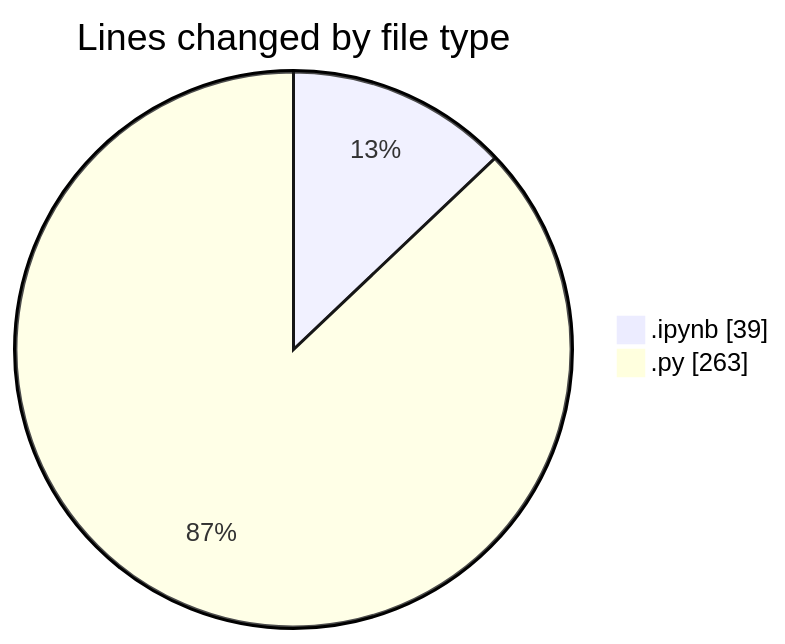
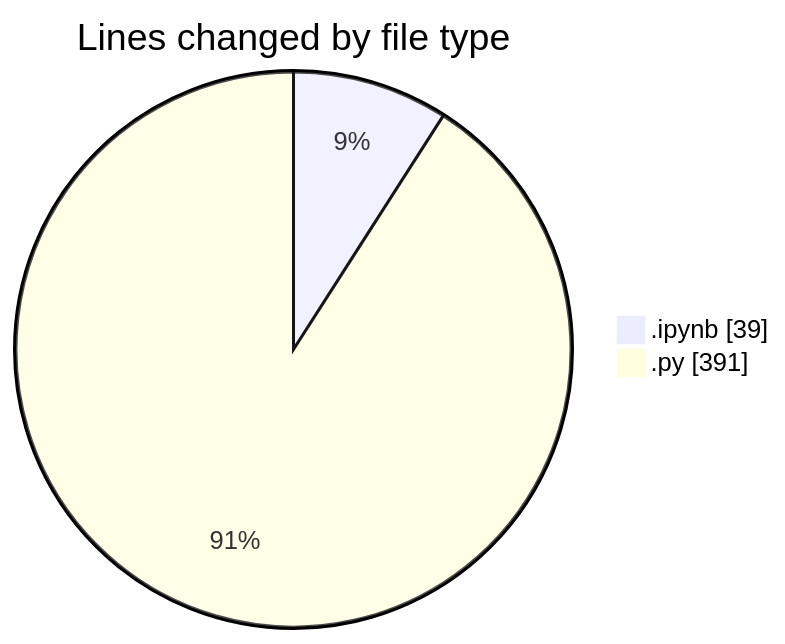
One commit to MatusMokan/code-tracking changed the first of 2 diagrams in 2025-03-15/myws__workspace_/README.md. Above: the diagram before and after it, drawn with Mermaid. The commit also changed other lines of this file and 1 other file, not shown here.

````diff
--- a/2025-03-15/myws__workspace_/README.md
+++ b/2025-03-15/myws__workspace_/README.md
@@ -21,6 +21,6 @@
 ```mermaid
 pie showData
 title Lines changed by file type
 ".ipynb" : 39
-".py" : 263
+".py" : 391
 ```
````
